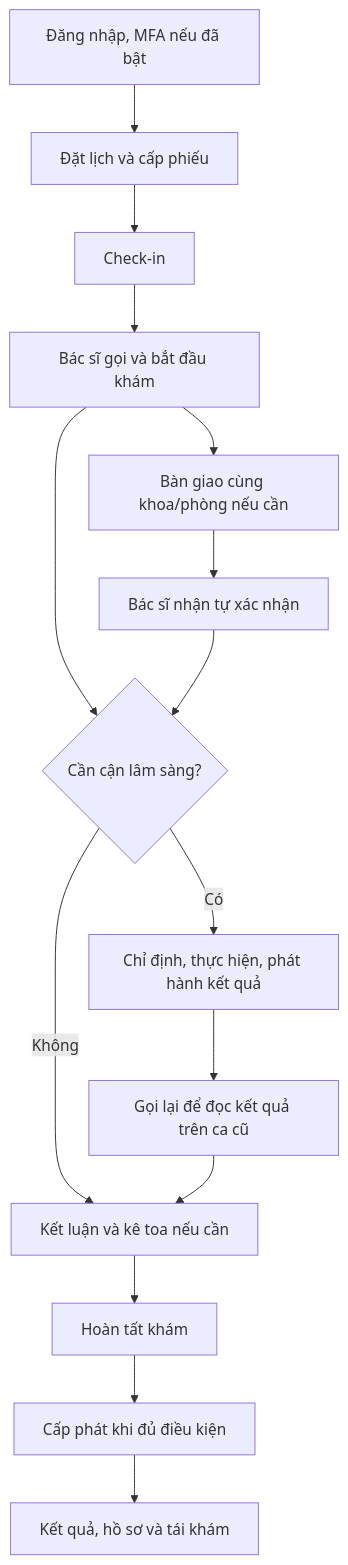
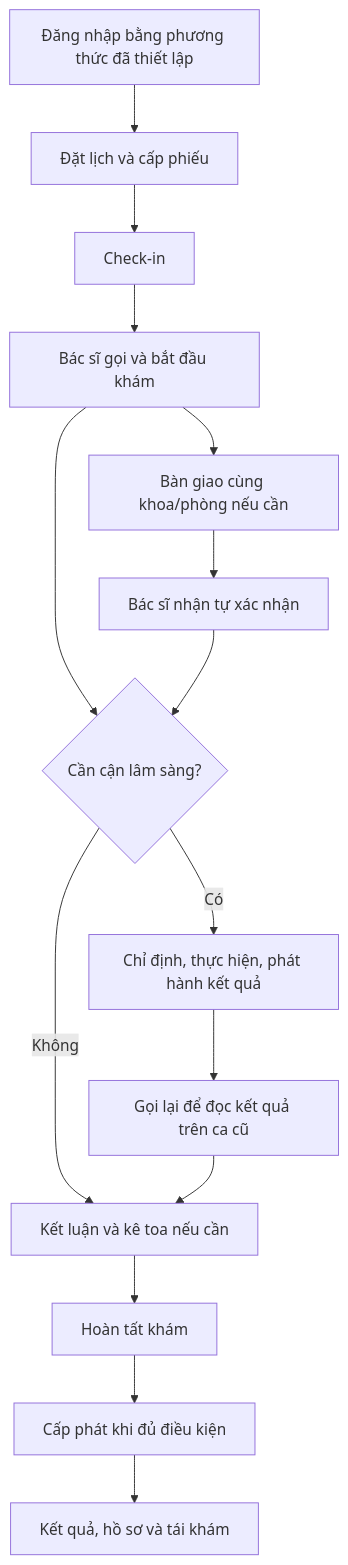
Before and after one commit to ntkhai268/careflow: the diagram in huong-dan-su-dung/README.md, drawn with Mermaid. The commit also changed other lines of this file and 1172 other files, not shown here.

````diff
--- a/huong-dan-su-dung/README.md
+++ b/huong-dan-su-dung/README.md
@@ -26,17 +49,17 @@
 ```mermaid
 flowchart TD
-  A[Đăng nhập, MFA nếu đã bật] --> B[Đặt lịch và cấp phiếu]
+  A[Đăng nhập bằng phương thức đã thiết lập] --> B[Đặt lịch và cấp phiếu]
   B --> C[Check-in]
   C --> D[Bác sĩ gọi và bắt đầu khám]
   D --> E{Cần cận lâm sàng?}
   E -->|Có| F[Chỉ định, thực hiện, phát hành kết quả]
   F --> G[Gọi lại để đọc kết quả trên ca cũ]
   E -->|Không| H[Kết luận và kê toa nếu cần]
   G --> H
   D --> I[Bàn giao cùng khoa/phòng nếu cần]
   I --> J[Bác sĩ nhận tự xác nhận]
   J --> E
   H --> K[Hoàn tất khám]
   K --> L[Cấp phát khi đủ điều kiện]
   L --> M[Kết quả, hồ sơ và tái khám]
 ```
````
